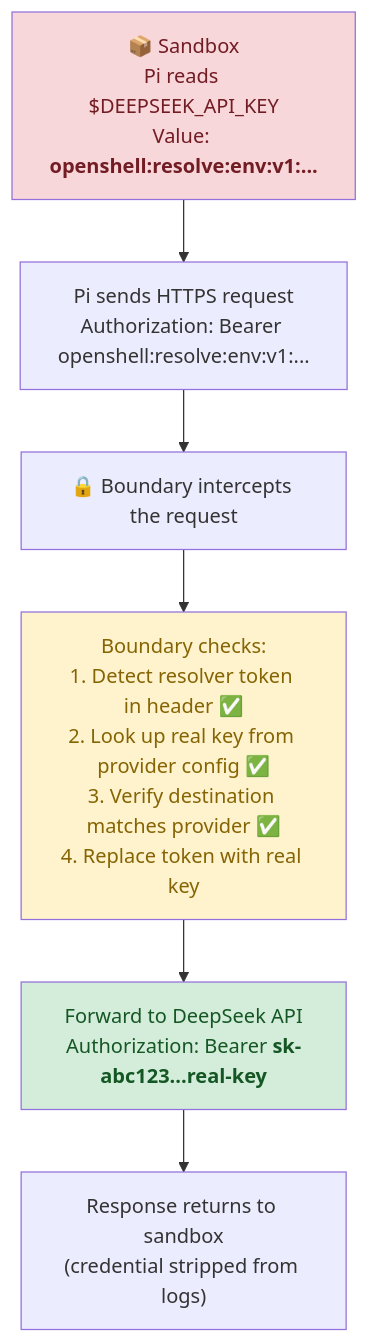
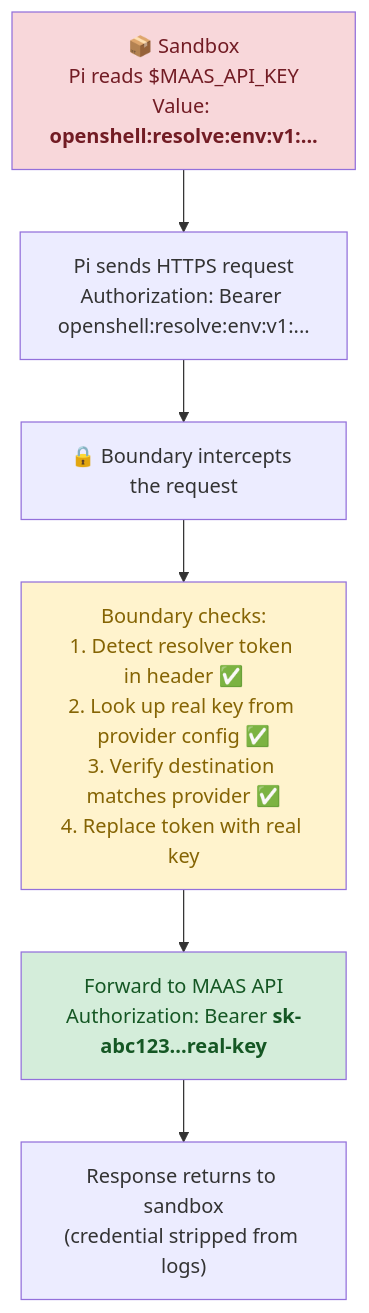
The diagram in docs/8-credential-security/README.md (avijra/openshell-ztm-lab), drawn with Mermaid before and after one commit. The commit also changed other lines of this file and 11 other files, not shown here.

First line of the commit message:
refactor: make MAAS the default LLM provider, DeepSeek optional

````diff
--- a/docs/8-credential-security/README.md
+++ b/docs/8-credential-security/README.md
@@ -34,15 +34,15 @@
 ```mermaid
 graph TD
-    SB["📦 Sandbox<br/>Pi reads $DEEPSEEK_API_KEY<br/>Value: <b>openshell:resolve:env:v1:...</b>"]
+    SB["📦 Sandbox<br/>Pi reads $MAAS_API_KEY<br/>Value: <b>openshell:resolve:env:v1:...</b>"]
     REQ["Pi sends HTTPS request<br/>Authorization: Bearer openshell:resolve:env:v1:..."]
     BND["🔒 Boundary intercepts the request"]
     CHK["Boundary checks:<br/>1. Detect resolver token in header ✅<br/>2. Look up real key from provider config ✅<br/>3. Verify destination matches provider ✅<br/>4. Replace token with real key"]
-    FWD["Forward to DeepSeek API<br/>Authorization: Bearer <b>sk-abc123...real-key</b>"]
+    FWD["Forward to MAAS API<br/>Authorization: Bearer <b>sk-abc123...real-key</b>"]
     RES["Response returns to sandbox<br/>(credential stripped from logs)"]
 
     SB --> REQ --> BND --> CHK --> FWD --> RES
 
     style SB fill:#f8d7da,color:#721c24
     style CHK fill:#fff3cd,color:#856404
     style FWD fill:#d4edda,color:#155724
 ```
````
